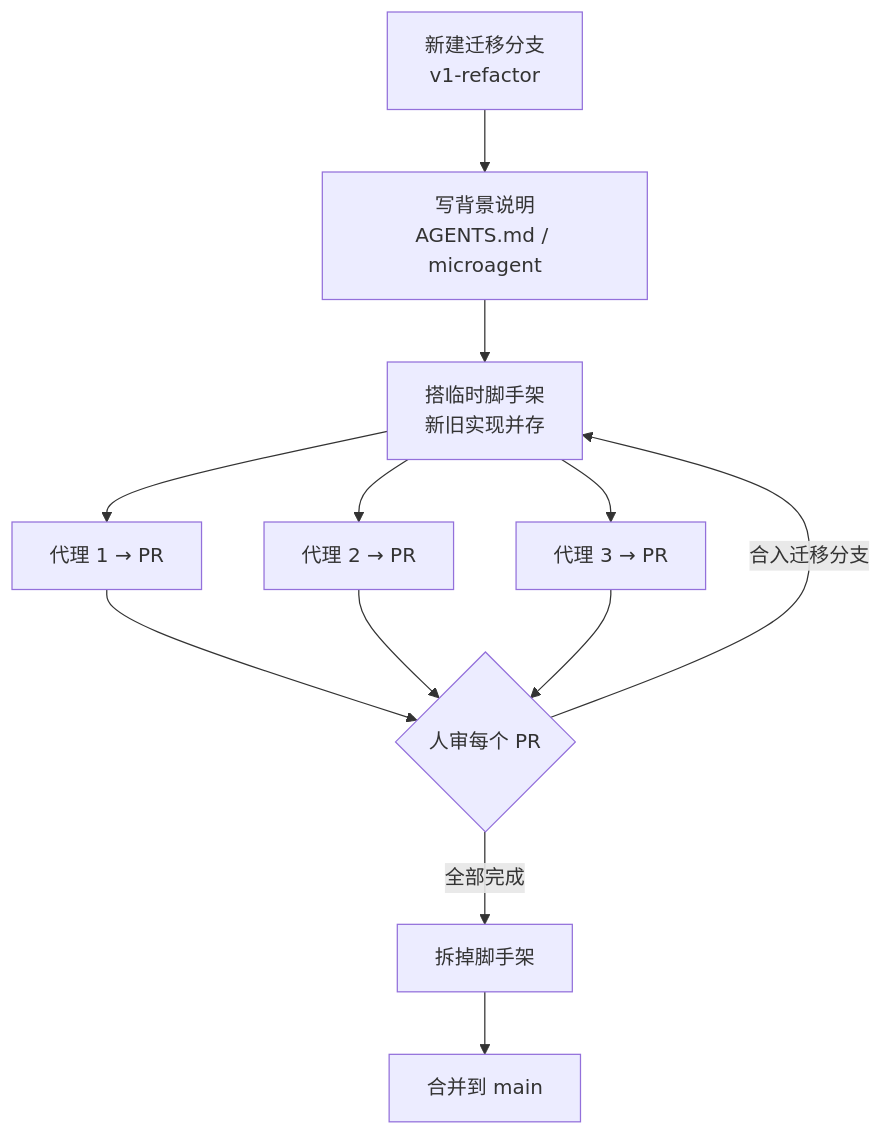
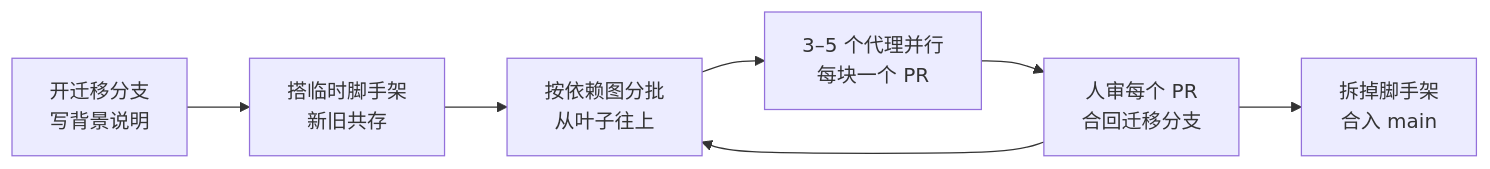
The diagram in docs/30-openhands-parallel-refactors.md (yzw7489757/ai-coding-videos), drawn with Mermaid before and after one commit. The commit also changed other lines of this file and 21 other files, not shown here.

````diff
--- a/docs/30-openhands-parallel-refactors.md
+++ b/docs/30-openhands-parallel-refactors.md
@@ -62,11 +62,9 @@
 ```mermaid
-flowchart TB
-    A["新建迁移分支<br/>v1-refactor"] --> B["写背景说明<br/>AGENTS.md / microagent"]
-    B --> C["搭临时脚手架<br/>新旧实现并存"]
-    C --> D1["代理 1 → PR"]
-    C --> D2["代理 2 → PR"]
-    C --> D3["代理 3 → PR"]
-    D1 & D2 & D3 --> R{"人审每个 PR"}
-    R -- 合入迁移分支 --> C
-    R -- 全部完成 --> E["拆掉脚手架"] --> F["合并到 main"]
+flowchart LR
+  A["开迁移分支<br/>写背景说明"] --> B["搭临时脚手架<br/>新旧共存"]
+  B --> C["按依赖图分批<br/>从叶子往上"]
+  C --> D["3–5 个代理并行<br/>每块一个 PR"]
+  D --> E["人审每个 PR<br/>合回迁移分支"]
+  E --> C
+  E --> F["拆掉脚手架<br/>合入 main"]
 ```
````
